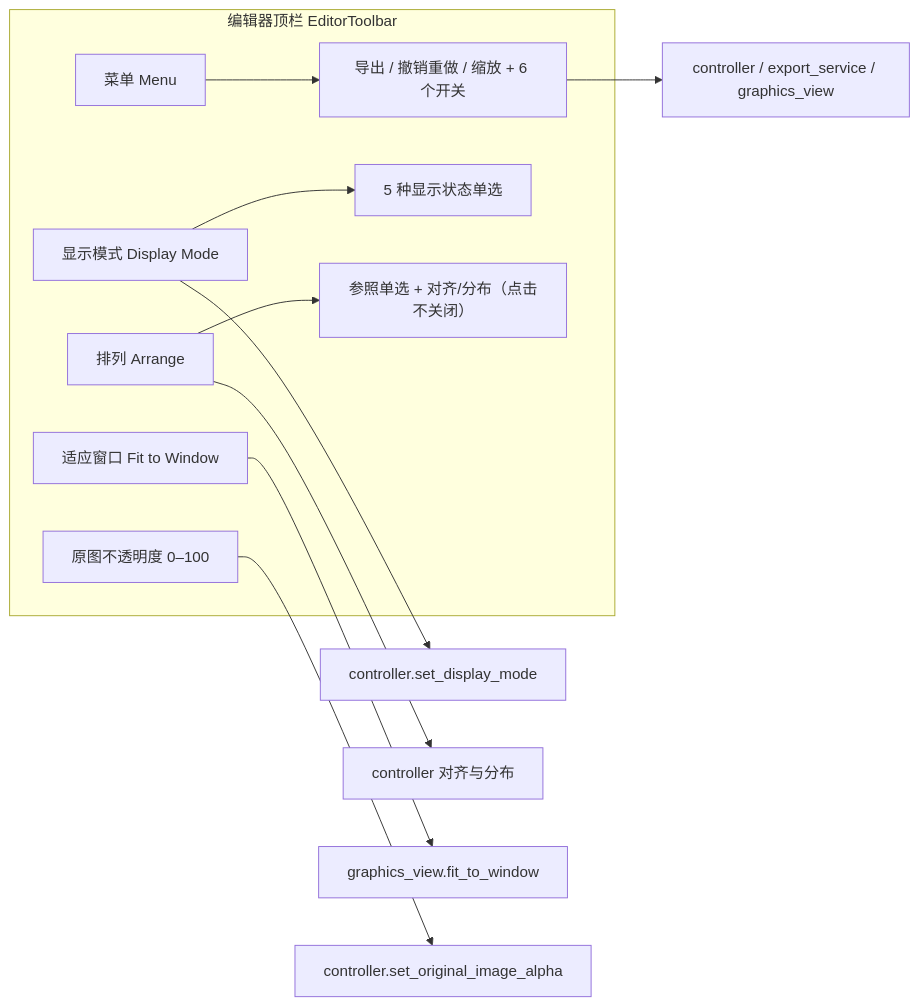
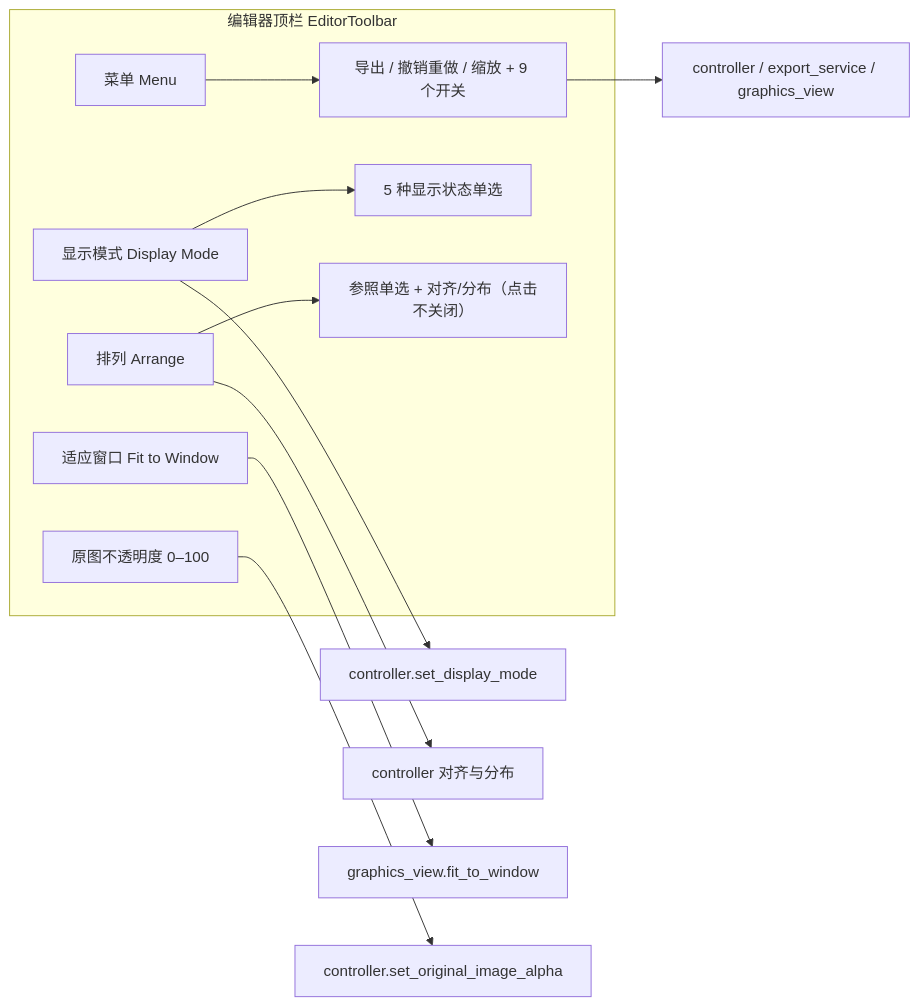
The diagram in doc/wiki/zh/desktop/editor/toolbar-and-menus.md (hgmzhn/manga-translator-ui), drawn with Mermaid before and after one commit. The commit also changed other lines of this file and 10 other files, not shown here.

````diff
--- a/doc/wiki/zh/desktop/editor/toolbar-and-menus.md
+++ b/doc/wiki/zh/desktop/editor/toolbar-and-menus.md
@@ -56,15 +59,15 @@
 ```mermaid
 flowchart LR
     subgraph TB["编辑器顶栏 EditorToolbar"]
-        M["菜单 Menu"] --> MI["导出 / 撤销重做 / 缩放 + 6 个开关"]
+        M["菜单 Menu"] --> MI["导出 / 撤销重做 / 缩放 + 9 个开关"]
         D["显示模式 Display Mode"] --> DI["5 种显示状态单选"]
         A["排列 Arrange"] --> AI["参照单选 + 对齐/分布（点击不关闭）"]
         F["适应窗口 Fit to Window"]
         O["原图不透明度 0–100"]
     end
     MI --> C["controller / export_service / graphics_view"]
     D --> CV["controller.set_display_mode"]
     A --> AV["controller 对齐与分布"]
     F --> FV["graphics_view.fit_to_window"]
     O --> OV["controller.set_original_image_alpha"]
 ```
````
